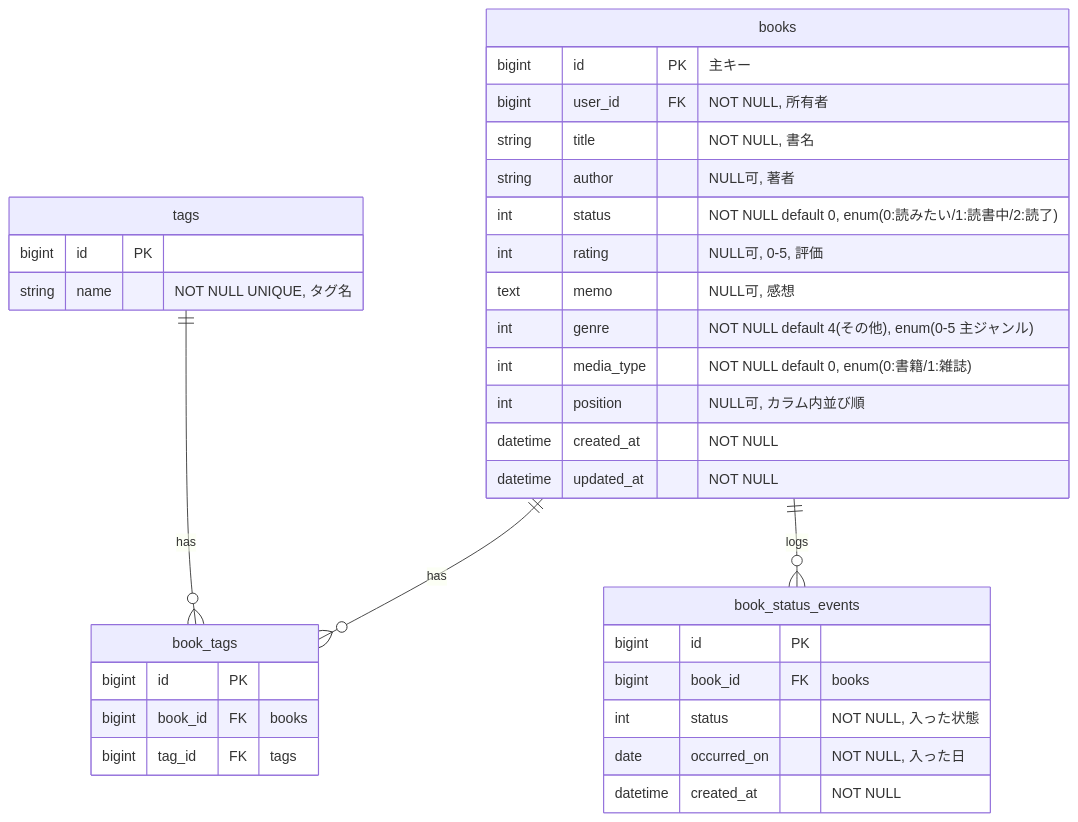
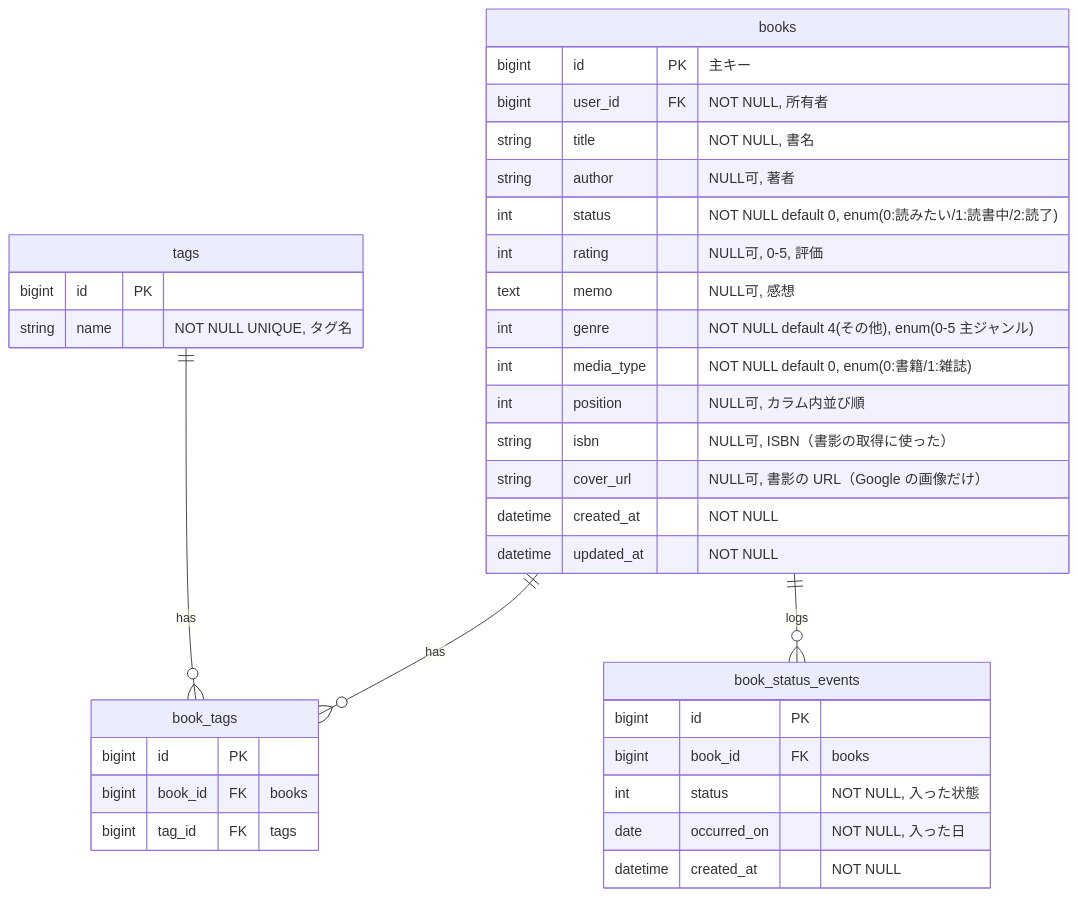
The third of 7 diagrams in docs/basic-design.md (adamaru-code/reading-board), drawn with Mermaid before and after one commit. The commit also changed other lines of this file and 3 other files, not shown here.

````diff
--- a/docs/basic-design.md
+++ b/docs/basic-design.md
@@ -85,36 +85,38 @@
 ```mermaid
 erDiagram
     books ||--o{ book_tags : "has"
     tags ||--o{ book_tags : "has"
     books ||--o{ book_status_events : "logs"
     books {
         bigint id PK "主キー"
         bigint user_id FK "NOT NULL, 所有者"
         string title "NOT NULL, 書名"
         string author "NULL可, 著者"
         int status "NOT NULL default 0, enum(0:読みたい/1:読書中/2:読了)"
         int rating "NULL可, 0-5, 評価"
         text memo "NULL可, 感想"
         int genre "NOT NULL default 4(その他), enum(0-5 主ジャンル)"
         int media_type "NOT NULL default 0, enum(0:書籍/1:雑誌)"
         int position "NULL可, カラム内並び順"
+        string isbn "NULL可, ISBN（書影の取得に使った）"
+        string cover_url "NULL可, 書影の URL（Google の画像だけ）"
         datetime created_at "NOT NULL"
         datetime updated_at "NOT NULL"
     }
     tags {
         bigint id PK
         string name "NOT NULL UNIQUE, タグ名"
     }
     book_tags {
         bigint id PK
         bigint book_id FK "books"
         bigint tag_id FK "tags"
     }
     book_status_events {
         bigint id PK
         bigint book_id FK "books"
         int status "NOT NULL, 入った状態"
         date occurred_on "NOT NULL, 入った日"
         datetime created_at "NOT NULL"
     }
 ```
````
